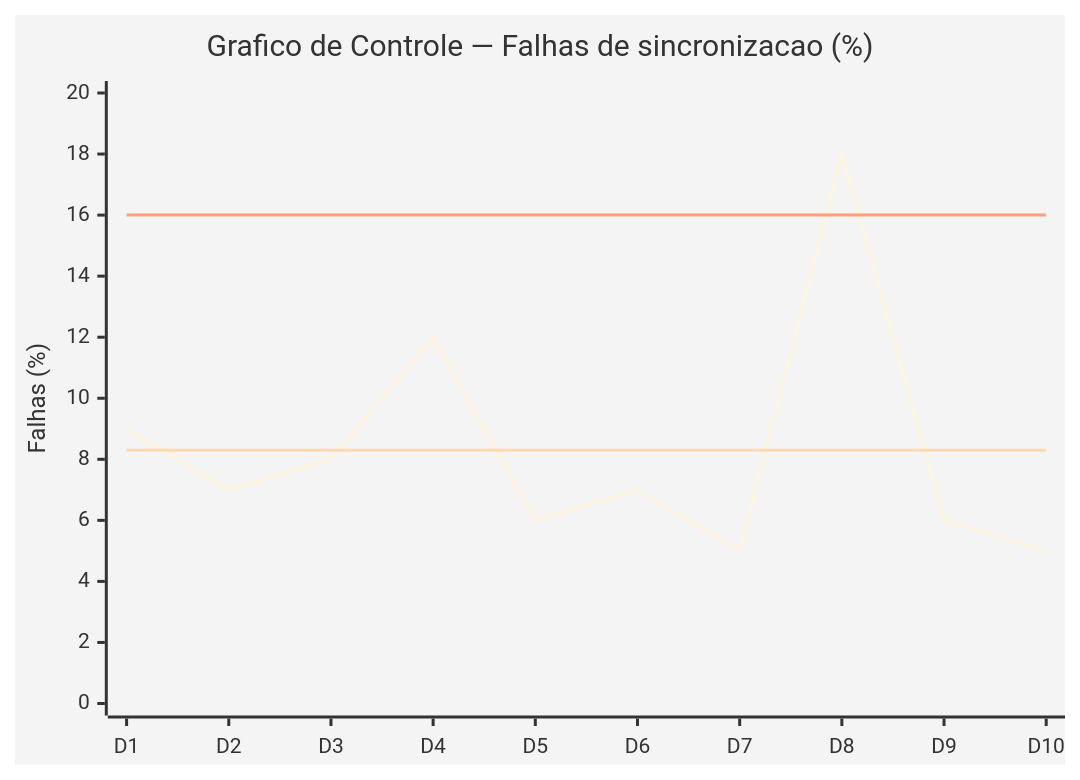
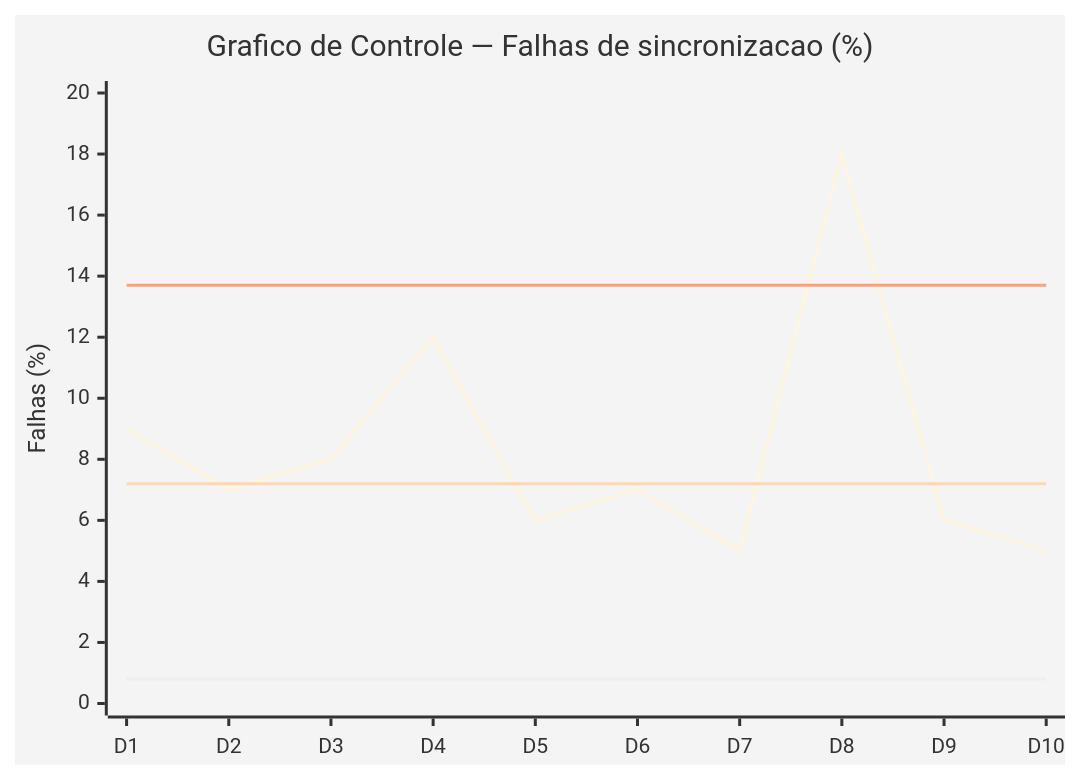
The fifth of 6 diagrams in Presencial/Aula 05 - 04.08.2025/aula05-analise-qualidade.md (NataliaNogueira1/ADS_GestaoProjetos), drawn with Mermaid before and after one commit. The commit also changed other lines of this file, not shown here.

````diff
--- a/Presencial/Aula 05 - 04.08.2025/aula05-analise-qualidade.md
+++ b/Presencial/Aula 05 - 04.08.2025/aula05-analise-qualidade.md
@@ -180,10 +183,11 @@
 ```mermaid
 %%{init: {'theme':'base'}}%%
 xychart-beta
     title "Grafico de Controle — Falhas de sincronizacao (%)"
     x-axis ["D1","D2","D3","D4","D5","D6","D7","D8","D9","D10"]
     y-axis "Falhas (%)" 0 --> 20
     line [9,7,8,12,6,7,5,18,6,5]
-    line [8.3,8.3,8.3,8.3,8.3,8.3,8.3,8.3,8.3,8.3]
-    line [16,16,16,16,16,16,16,16,16,16]
+    line [7.2,7.2,7.2,7.2,7.2,7.2,7.2,7.2,7.2,7.2]
+    line [13.7,13.7,13.7,13.7,13.7,13.7,13.7,13.7,13.7,13.7]
+    line [0.8,0.8,0.8,0.8,0.8,0.8,0.8,0.8,0.8,0.8]
 ```
````
